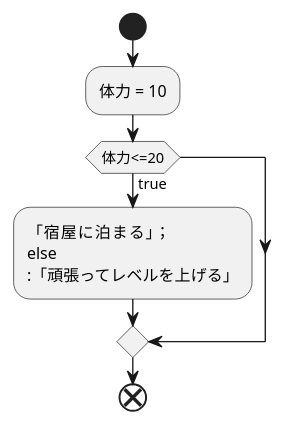
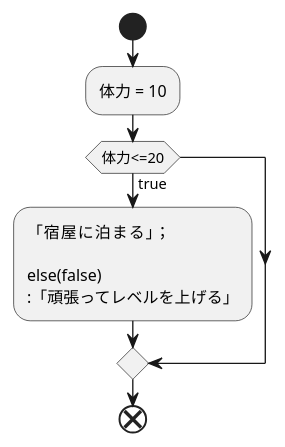
The diagram in kadai2.md (aso2001362/2021sys-design), drawn with PlantUML before and after one commit.

````diff
--- a/kadai2.md
+++ b/kadai2.md
@@ -1,12 +1,13 @@
 ```uml
 @startuml
 start
 :体力 = 10;
 if(体力<=20)then(true)
 :「宿屋に泊まる」；
-else
+
+else(false)
 :「頑張ってレベルを上げる」;
 endif
 end
 @enduml
 ```
````
